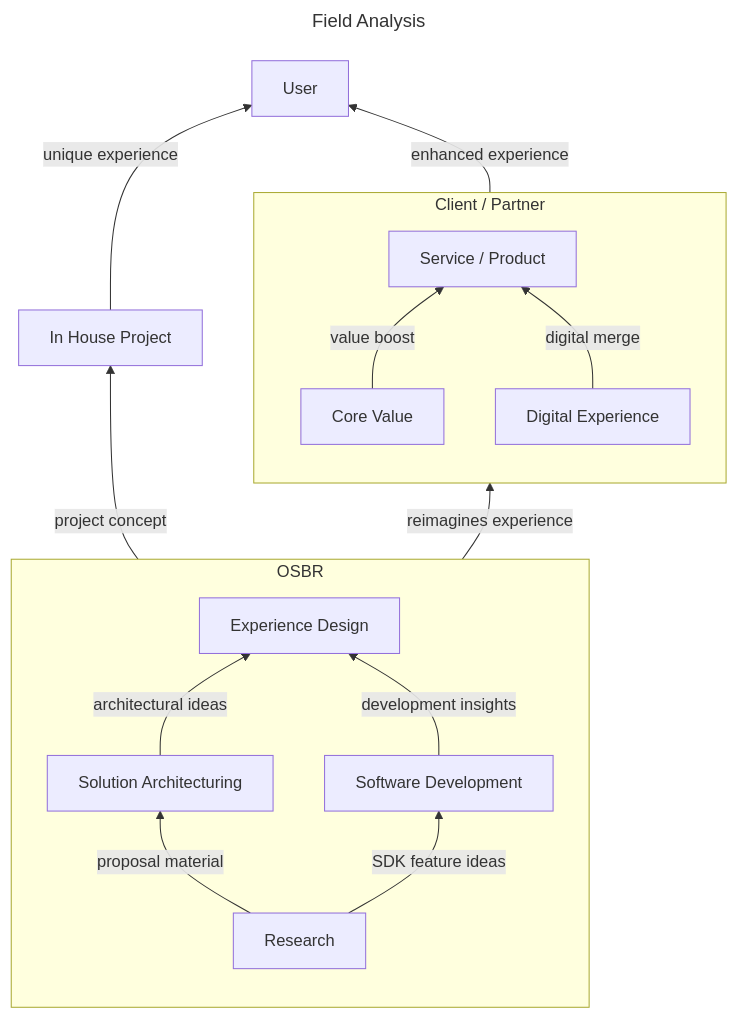
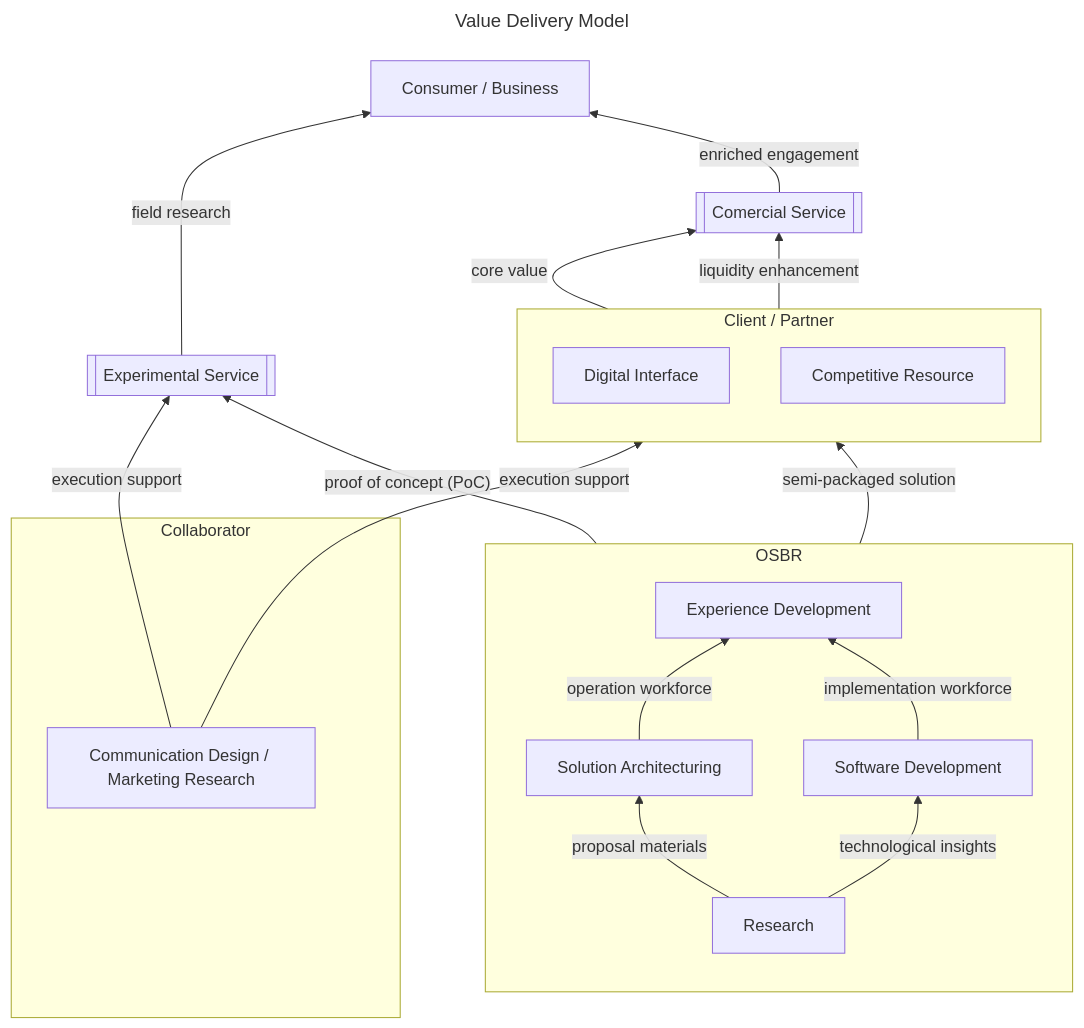
One commit to osbrjp/handbook changed the diagram in doc/strategy.md. Above: the diagram before and after it, drawn with Mermaid. The commit also changed other lines of this file, not shown here.

`````diff
--- a/doc/strategy.md
+++ b/doc/strategy.md
@@ -21,22 +15,29 @@
 ```mermaid
 ---
-title: Field Analysis
+title: Value Delivery Model
 ---
 graph BT;
     subgraph OSBR
       direction BT
-      SA[Solution Architecturing] -- "architectural ideas" --> ED[Experience Design];
-      SD[Software Development] -- "development insights" --> ED;
-      R[Research] -- "proposal material" --> SA;
-      R[Research] -- "SDK feature ideas" --> SD;
+      SA[Solution Architecturing] -- "operation workforce" --> ED[Experience Development];
+      SD[Software Development] -- "implementation workforce" --> ED;
+      R[Research] -- "proposal materials" --> SA;
+      R[Research] -- "technological insights" --> SD;
     end
-    ED -- "project concept" --> IHP[In House Project];
+
+    ED -- "proof of concept (PoC)" --> EFR[[Experimental Service]];
+
     subgraph Client / Partner
       direction BT
-      ED -- "reimagines experience" --> CDE[Digital Experience];
-      CCV[Core Value] -- "value boost" --> CS[Service / Product];
-      CDE -- "digital merge" --> CS;
+      ED -- "semi-packaged solution" --> CDE[Digital Interface];
+      CCV[Competitive Resource]
     end
-    IHP -- "unique experience" --> U[User];
-    CS -- "enhanced experience" --> U[User];
+    subgraph Collaborator
+      CD[Communication Design / Marketing Research] --"execution support"--> CDE
+    end
+    CD --"execution support"--> EFR
+    CCV -- "core value" --> CS[[Comercial Service]];
+    CDE -- "liquidity enhancement" --> CS;
+    EFR -- "field research" --> U[Consumer / Business];
+    CS -- "enriched engagement" --> U;
 ````
`````
